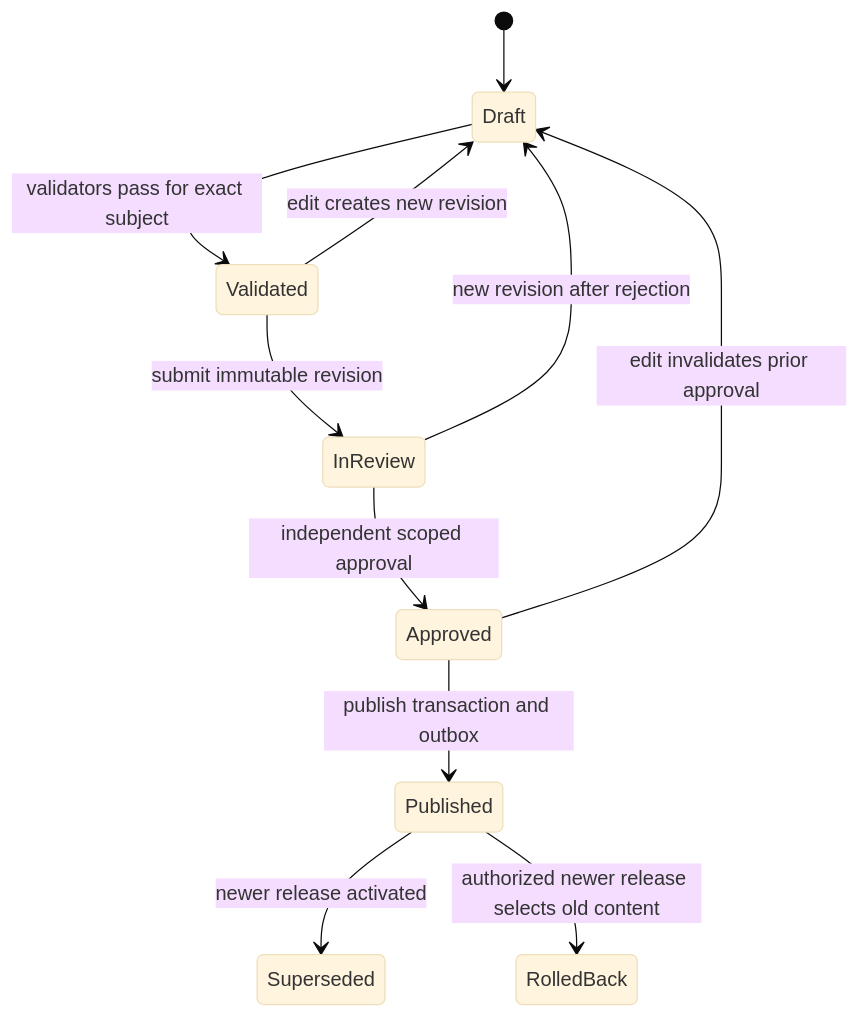
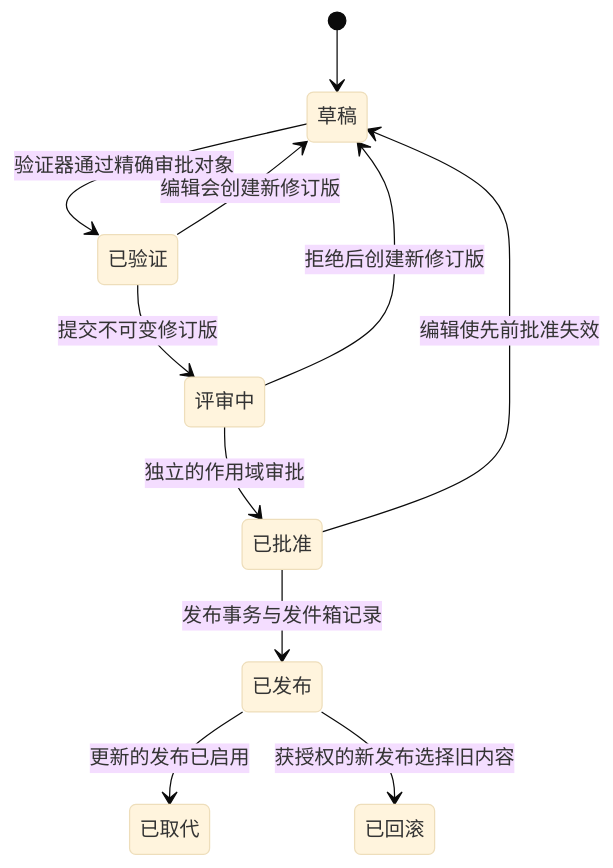
The first of 3 diagrams in part-5-global-routing/configuration-platform.md (YouEclipse/Designing-Modern-Payment-Systems), drawn with Mermaid (base theme) before and after one commit. The commit also changed other lines of this file and 59 other files, not shown here.

````diff
--- a/part-5-global-routing/configuration-platform.md
+++ b/part-5-global-routing/configuration-platform.md
@@ -95,13 +95,20 @@
 ```mermaid
 stateDiagram-v2
+    state "草稿" as Draft
+    state "已验证" as Validated
+    state "评审中" as InReview
+    state "已批准" as Approved
+    state "已发布" as Published
+    state "已取代" as Superseded
+    state "已回滚" as RolledBack
     [*] --> Draft
-    Draft --> Validated: validators pass for exact subject
-    Validated --> InReview: submit immutable revision
-    InReview --> Approved: independent scoped approval
-    InReview --> Draft: new revision after rejection
-    Approved --> Published: publish transaction and outbox
-    Published --> Superseded: newer release activated
-    Published --> RolledBack: authorized newer release selects old content
-    Validated --> Draft: edit creates new revision
-    Approved --> Draft: edit invalidates prior approval
+    Draft --> Validated: 验证器通过精确审批对象
+    Validated --> InReview: 提交不可变修订版
+    InReview --> Approved: 独立的作用域审批
+    InReview --> Draft: 拒绝后创建新修订版
+    Approved --> Published: 发布事务与发件箱记录
+    Published --> Superseded: 更新的发布已启用
+    Published --> RolledBack: 获授权的新发布选择旧内容
+    Validated --> Draft: 编辑会创建新修订版
+    Approved --> Draft: 编辑使先前批准失效
 ```
````
